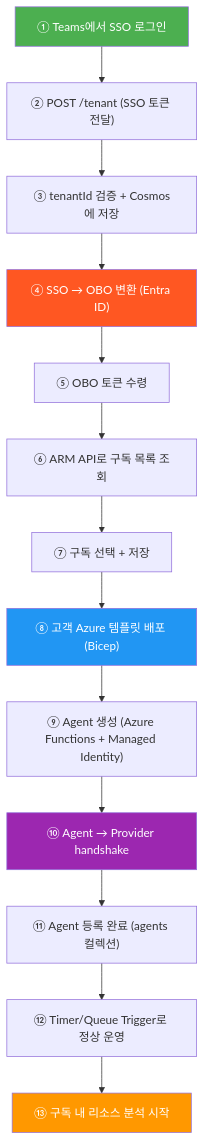
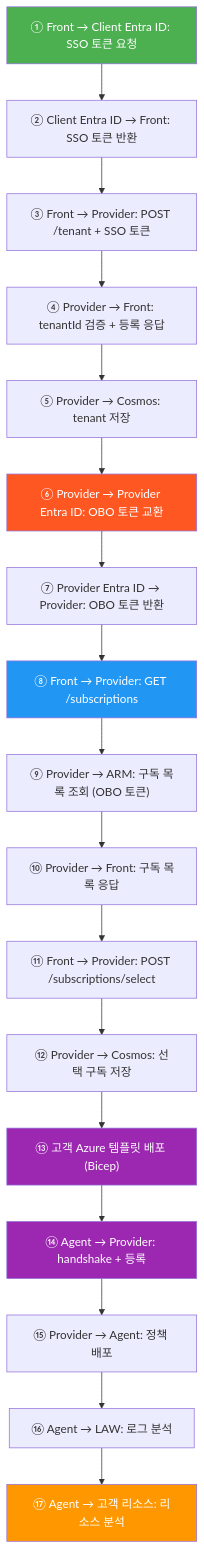
Before and after one commit to logDoctor/document: the tenth of 10 diagrams in azure/projects/onboarding-architecture.md, drawn with Mermaid. The commit also changed other lines of this file and 1 other file, not shown here.

Commit message:
fix: 온보딩 아키텍처 5가지 이슈 수정 (Entra ID 분리, SSO 흐름, 구독 로직)

````diff
--- a/azure/projects/onboarding-architecture.md
+++ b/azure/projects/onboarding-architecture.md
@@ -448,21 +458,26 @@
 ```mermaid
 graph TD
-    S1["① Teams에서 SSO 로그인"] --> S2["② POST /tenant (SSO 토큰 전달)"]
-    S2 --> S3["③ tenantId 검증 + Cosmos에 저장"]
-    S3 --> S4["④ SSO → OBO 변환 (Entra ID)"]
-    S4 --> S5["⑤ OBO 토큰 수령"]
-    S5 --> S6["⑥ ARM API로 구독 목록 조회"]
-    S6 --> S7["⑦ 구독 선택 + 저장"]
-    S7 --> S8["⑧ 고객 Azure 템플릿 배포 (Bicep)"]
-    S8 --> S9["⑨ Agent 생성 (Azure Functions + Managed Identity)"]
-    S9 --> S10["⑩ Agent → Provider handshake"]
-    S10 --> S11["⑪ Agent 등록 완료 (agents 컬렉션)"]
-    S11 --> S12["⑫ Timer/Queue Trigger로 정상 운영"]
-    S12 --> S13["⑬ 구독 내 리소스 분석 시작"]
+    S1["① Front → Client Entra ID: SSO 토큰 요청"] --> S2["② Client Entra ID → Front: SSO 토큰 반환"]
+    S2 --> S3["③ Front → Provider: POST /tenant + SSO 토큰"]
+    S3 --> S4["④ Provider → Front: tenantId 검증 + 등록 응답"]
+    S4 --> S5["⑤ Provider → Cosmos: tenant 저장"]
+    S5 --> S6["⑥ Provider → Provider Entra ID: OBO 토큰 교환"]
+    S6 --> S7["⑦ Provider Entra ID → Provider: OBO 토큰 반환"]
+    S7 --> S8["⑧ Front → Provider: GET /subscriptions"]
+    S8 --> S9["⑨ Provider → ARM: 구독 목록 조회 (OBO 토큰)"]
+    S9 --> S10["⑩ Provider → Front: 구독 목록 응답"]
+    S10 --> S11["⑪ Front → Provider: POST /subscriptions/select"]
+    S11 --> S12["⑫ Provider → Cosmos: 선택 구독 저장"]
+    S12 --> S13["⑬ 고객 Azure 템플릿 배포 (Bicep)"]
+    S13 --> S14["⑭ Agent → Provider: handshake + 등록"]
+    S14 --> S15["⑮ Provider → Agent: 정책 배포"]
+    S15 --> S16["⑯ Agent → LAW: 로그 분석"]
+    S16 --> S17["⑰ Agent → 고객 리소스: 리소스 분석"]
 
     style S1 fill:#4CAF50,color:#fff
-    style S4 fill:#FF5722,color:#fff
+    style S6 fill:#FF5722,color:#fff
     style S8 fill:#2196F3,color:#fff
-    style S10 fill:#9C27B0,color:#fff
-    style S13 fill:#FF9800,color:#fff
+    style S13 fill:#9C27B0,color:#fff
+    style S14 fill:#9C27B0,color:#fff
+    style S17 fill:#FF9800,color:#fff
 ```
````
